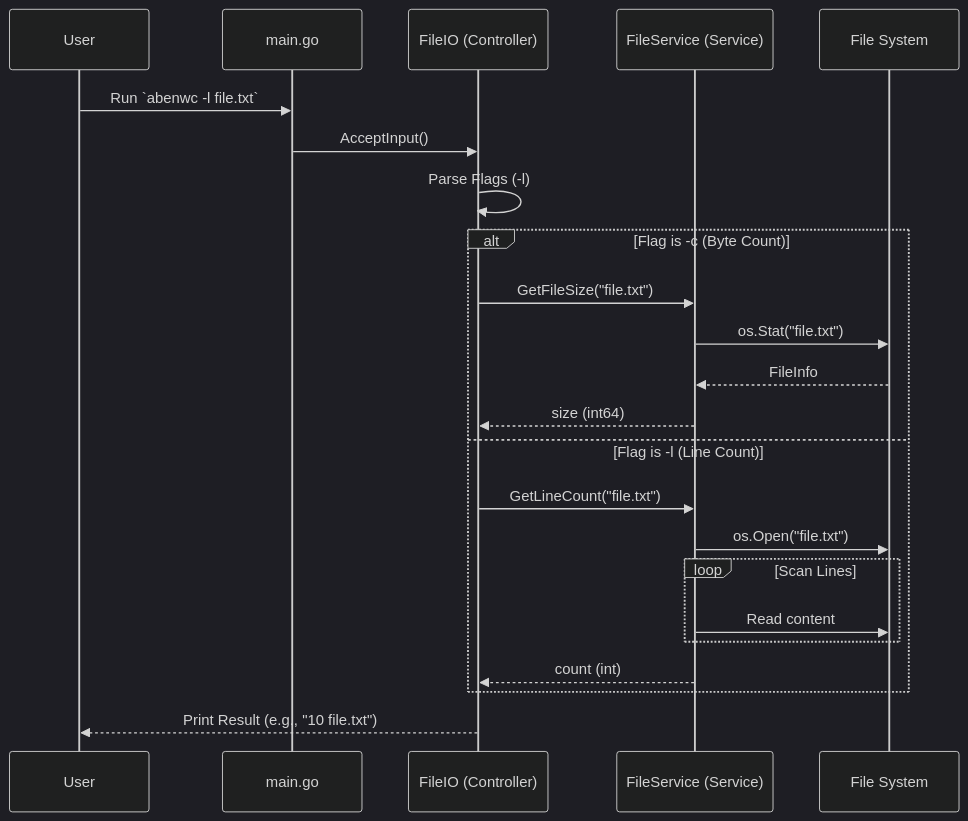
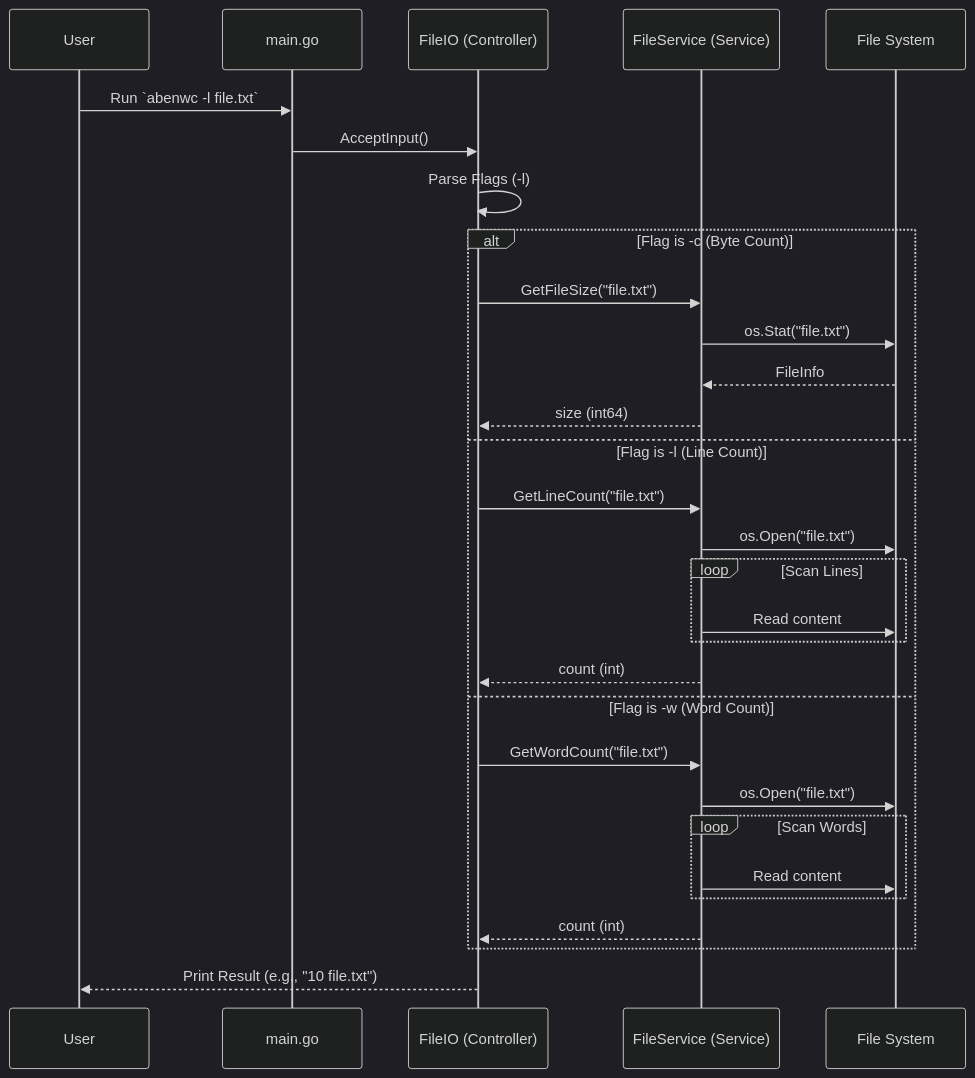
The second of 2 diagrams in docs/architecture.md (abeni-al7/aben-wc), drawn with Mermaid (dark theme) before and after one commit. The commit also changed other lines of this file, not shown here.

Commit message:
[docs] Update the architecture doc based on the new word count functionality

````diff
--- a/docs/architecture.md
+++ b/docs/architecture.md
@@ -54,28 +58,35 @@
 ```mermaid
 sequenceDiagram
     participant User
     participant Main as main.go
     participant Controller as FileIO (Controller)
     participant Service as FileService (Service)
     participant FS as File System
 
     User->>Main: Run `abenwc -l file.txt`
     Main->>Controller: AcceptInput()
     Controller->>Controller: Parse Flags (-l)
     
     alt Flag is -c (Byte Count)
         Controller->>Service: GetFileSize("file.txt")
         Service->>FS: os.Stat("file.txt")
         FS-->>Service: FileInfo
         Service-->>Controller: size (int64)
     else Flag is -l (Line Count)
         Controller->>Service: GetLineCount("file.txt")
         Service->>FS: os.Open("file.txt")
         loop Scan Lines
             Service->>FS: Read content
         end
         Service-->>Controller: count (int)
+    else Flag is -w (Word Count)
+        Controller->>Service: GetWordCount("file.txt")
+        Service->>FS: os.Open("file.txt")
+        loop Scan Words
+            Service->>FS: Read content
+        end
+        Service-->>Controller: count (int)
     end
 
     Controller-->>User: Print Result (e.g., "10 file.txt")
 ```
````
